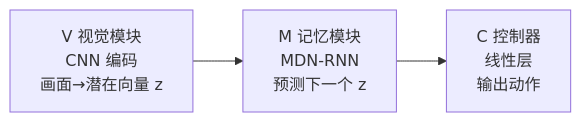
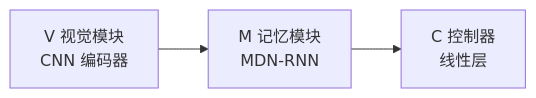
One commit to zhimin-z/learn-world-model changed the first of 2 diagrams in docs/zh/lectures/lecture-01-internal-simulation/02-four-eras.md. Above: the diagram before and after it, drawn with Mermaid. The commit also changed other lines of this file and 9 other files, not shown here.

````diff
--- a/docs/zh/lectures/lecture-01-internal-simulation/02-four-eras.md
+++ b/docs/zh/lectures/lecture-01-internal-simulation/02-four-eras.md
@@ -25,4 +25,4 @@
 ```mermaid
 flowchart LR
-    V["V 视觉模块\nCNN 编码\n画面→潜在向量 z"] --> M["M 记忆模块\nMDN-RNN\n预测下一个 z"] --> C["C 控制器\n线性层\n输出动作"]
+    V["V 视觉模块\nCNN 编码器"] --> M["M 记忆模块\nMDN-RNN"] --> C["C 控制器\n线性层"]
 ```
````
